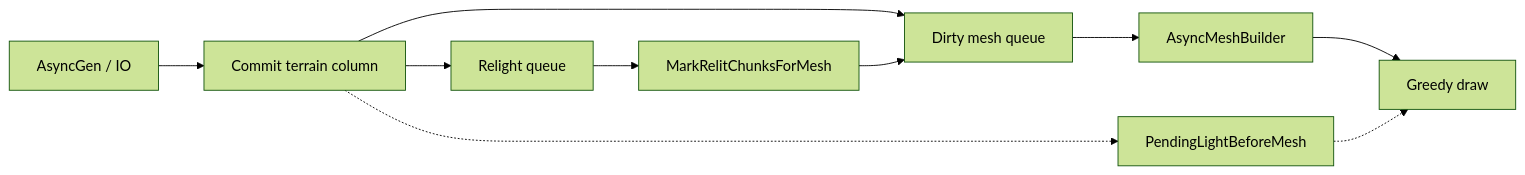
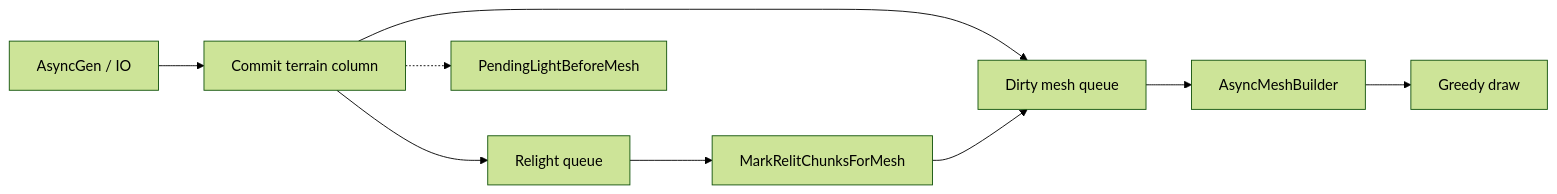
The first of 2 diagrams in docs/streaming/README.md (Alexab/Cubatarium), drawn with Mermaid (forest theme) before and after one commit. The commit also changed other lines of this file and 4 other files, not shown here.

````diff
--- a/docs/streaming/README.md
+++ b/docs/streaming/README.md
@@ -19,12 +19,11 @@
 ```mermaid
 flowchart LR
   Gen[AsyncGen / IO] --> Commit[Commit terrain column]
   Commit --> Relight[Relight queue]
   Commit --> Dirty[Dirty mesh queue]
   Relight --> MarkRelit[MarkRelitChunksForMesh]
   MarkRelit --> Dirty
   Dirty --> Mesh[AsyncMeshBuilder]
   Mesh --> Draw[Greedy draw]
   Commit -.-> Pending[PendingLightBeforeMesh]
-  Pending -.-> Draw
 ```
````
